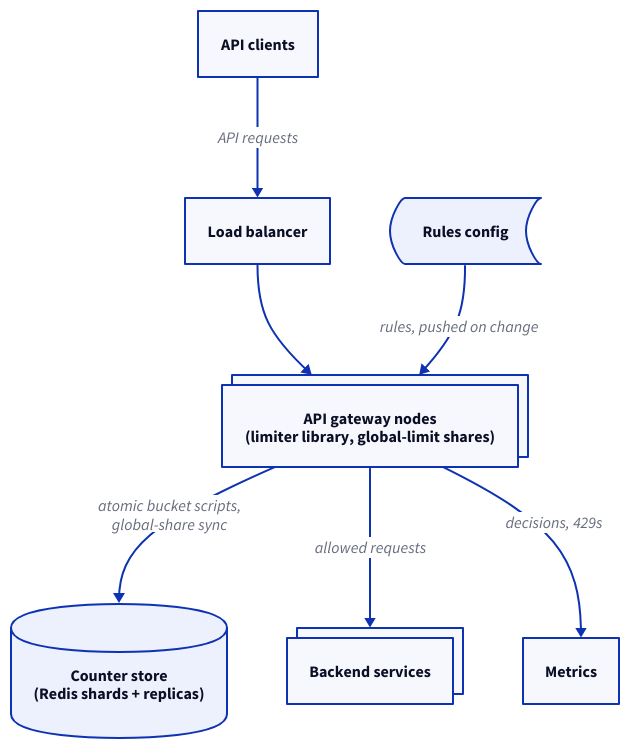
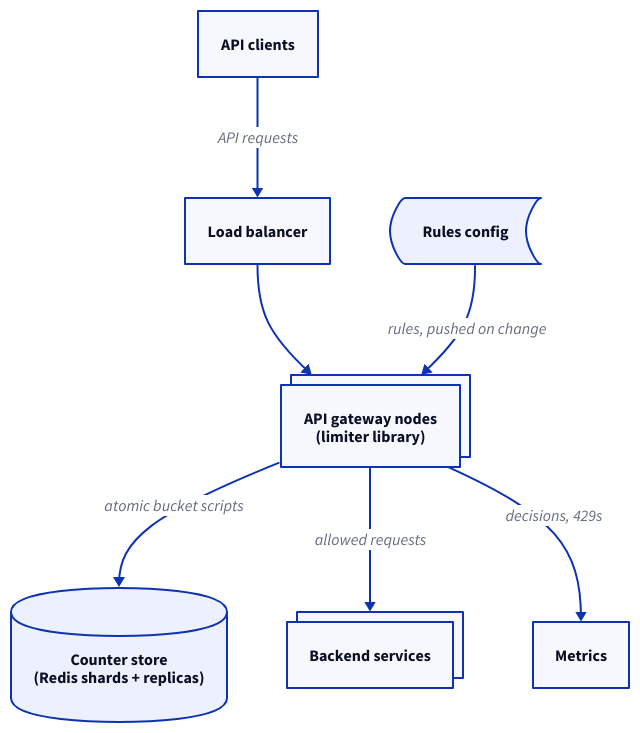
The diagram in src/system-design/diagrams/rate-limiter/architecture.d2 (enbattle/til), drawn with D2 before and after one commit. The commit also changed 23 other files, not shown here.

```diff
--- a/src/system-design/diagrams/rate-limiter/architecture.d2
+++ b/src/system-design/diagrams/rate-limiter/architecture.d2
@@ -1,27 +1,27 @@
 # High-level architecture of the rate limiter: the check runs inside every
 # API gateway node, per-client buckets live in a shared counter store, and
 # only allowed requests reach the backend services.
 direction: down
 
 client: API clients
 lb: Load balancer
 rules: Rules config {
   shape: stored_data
 }
-gw: "API gateway nodes\n(limiter library, global-limit shares)" {
+gw: "API gateway nodes\n(limiter library)" {
   style.multiple: true
 }
 store: "Counter store\n(Redis shards + replicas)" {
   shape: cylinder
 }
 svc: Backend services {
   style.multiple: true
 }
 metrics: Metrics
 
 client -> lb: "API requests"
 lb -> gw
 rules -> gw: "rules, pushed on change"
-gw -> store: "atomic bucket scripts,\nglobal-share sync"
+gw -> store: "atomic bucket scripts"
 gw -> svc: "allowed requests"
 gw -> metrics: "decisions, 429s"
```
